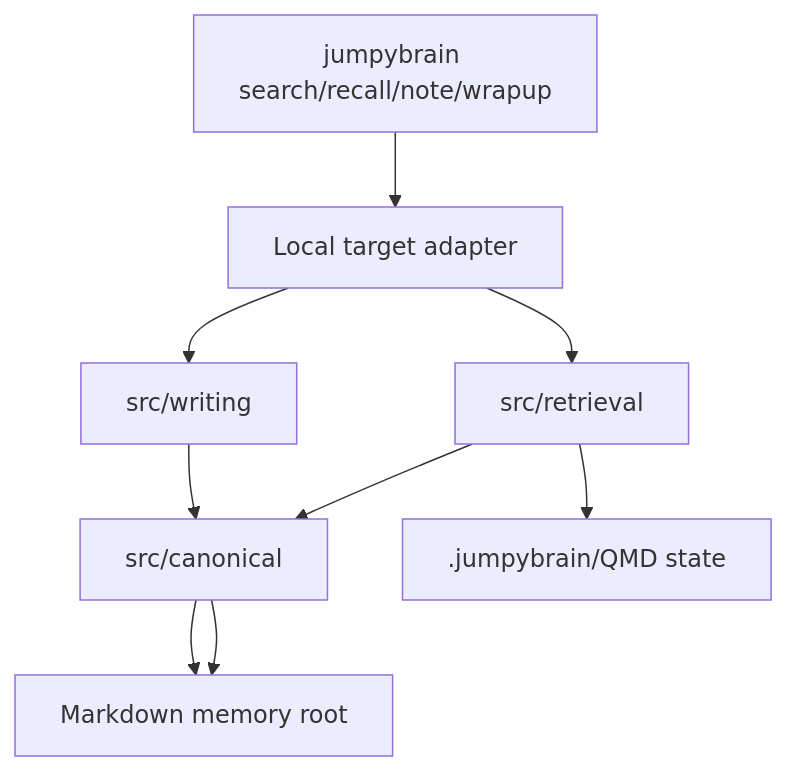
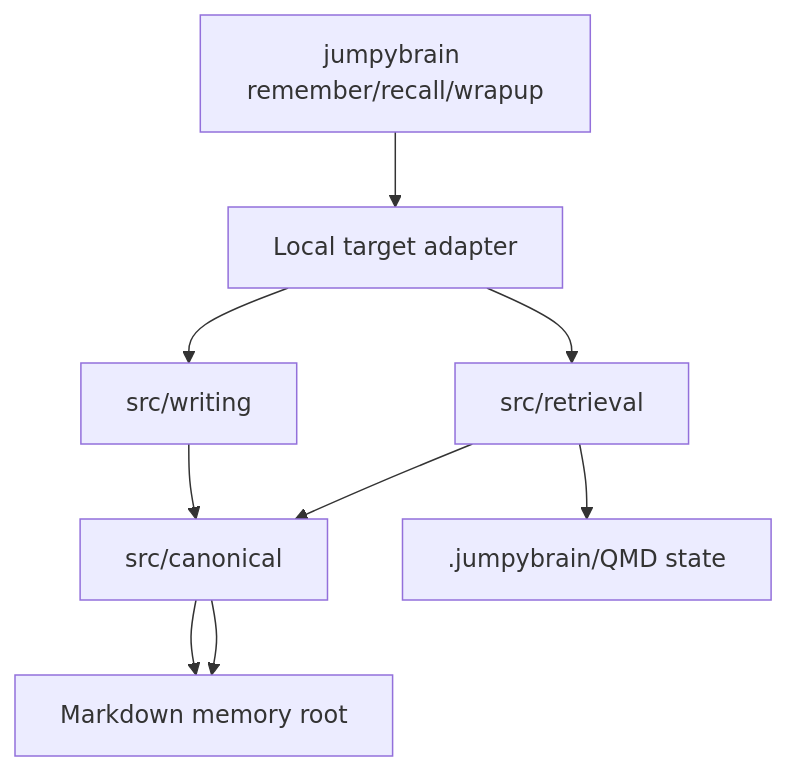
Before and after one commit to nikoatwork/jumpyBrain: the second of 4 diagrams in src/targets/README.md, drawn with Mermaid. The commit also changed other lines of this file and 13 other files, not shown here.

Commit message:
Simplify CLI remember and recall verbs

````diff
--- a/src/targets/README.md
+++ b/src/targets/README.md
@@ -43,17 +43,17 @@
 ```mermaid
 flowchart TD
-  CLI[jumpybrain search/recall/note/wrapup]
+  CLI[jumpybrain remember/recall/wrapup]
   LocalTarget[Local target adapter]
   Writing[src/writing]
   Retrieval[src/retrieval]
   Canonical[src/canonical]
   Root[Markdown memory root]
   QMD[.jumpybrain/QMD state]
 
   CLI --> LocalTarget
   LocalTarget --> Writing
   LocalTarget --> Retrieval
   Writing --> Canonical --> Root
   Retrieval --> Canonical --> Root
   Retrieval --> QMD
 ```
````
